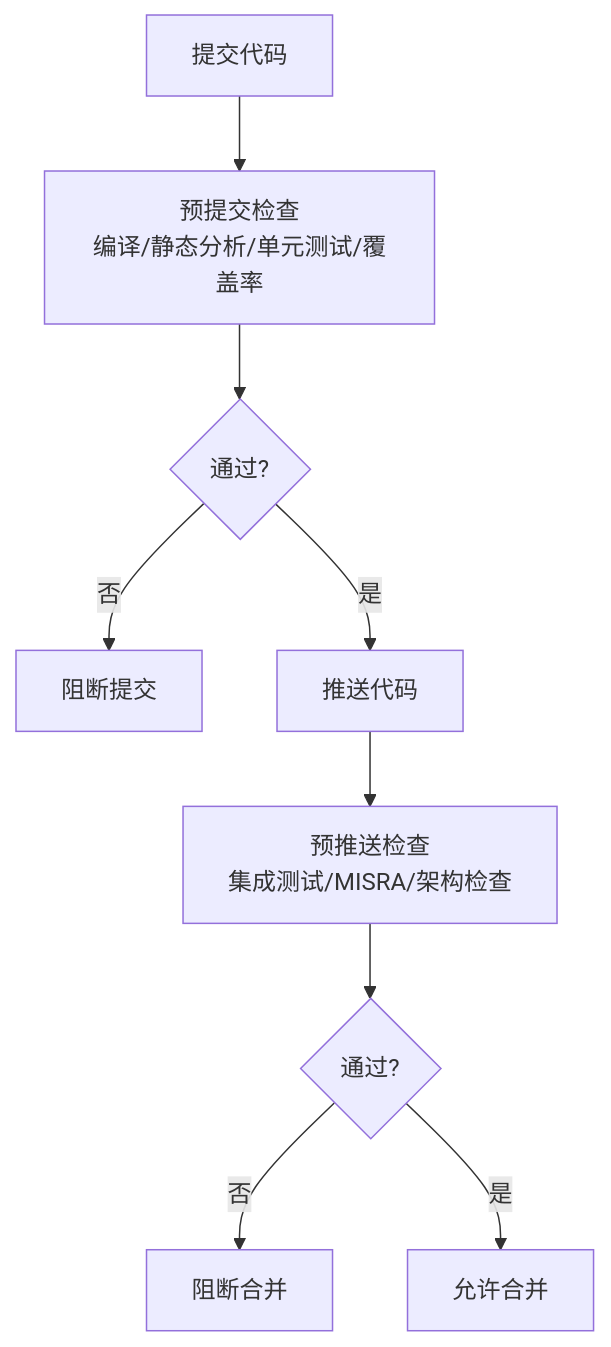
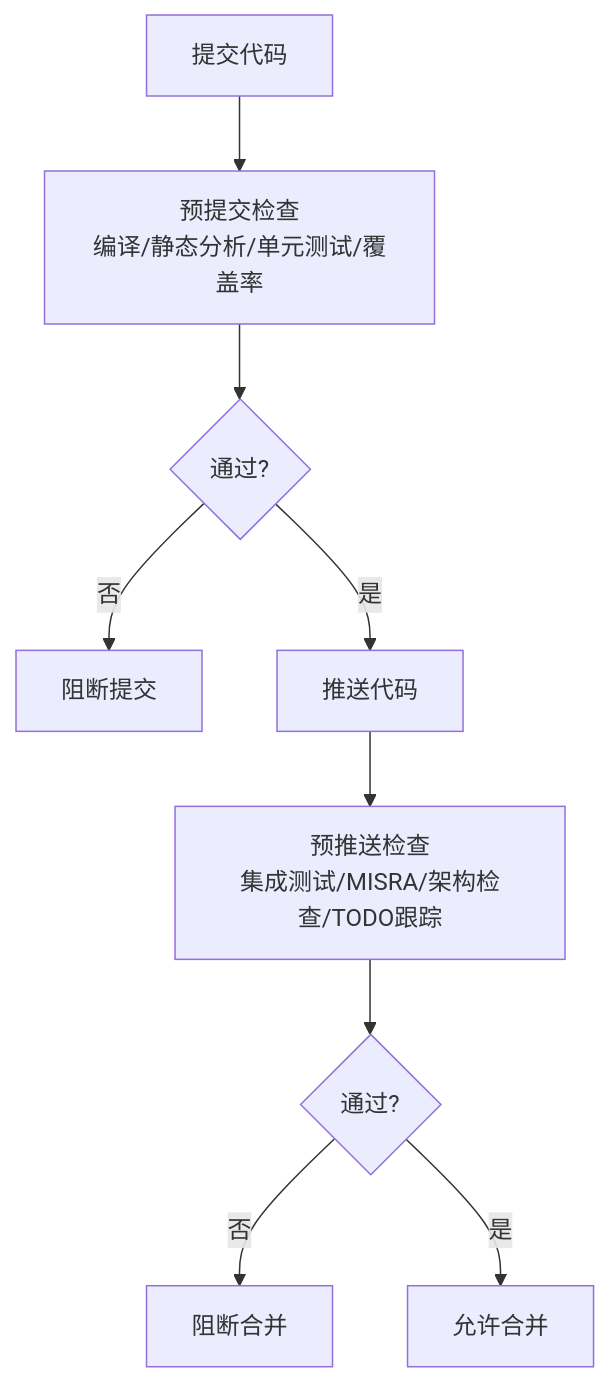
The fourth of 9 diagrams in .qoder/repowiki/zh/content/开发指南/开发流程/开发工作流自动化.md (frisky1985/yuleASR), drawn with Mermaid before and after one commit. The commit also changed other lines of this file and 12 other files, not shown here.

````diff
--- a/.qoder/repowiki/zh/content/开发指南/开发流程/开发工作流自动化.md
+++ b/.qoder/repowiki/zh/content/开发指南/开发流程/开发工作流自动化.md
@@ -208,11 +240,11 @@
 ```mermaid
 flowchart TD
 A["提交代码"] --> B["预提交检查<br/>编译/静态分析/单元测试/覆盖率"]
 B --> C{"通过?"}
 C --> |否| D["阻断提交"]
 C --> |是| E["推送代码"]
-E --> F["预推送检查<br/>集成测试/MISRA/架构检查"]
+E --> F["预推送检查<br/>集成测试/MISRA/架构检查/TODO跟踪"]
 F --> G{"通过?"}
 G --> |否| H["阻断合并"]
 G --> |是| I["允许合并"]
 ```
````
